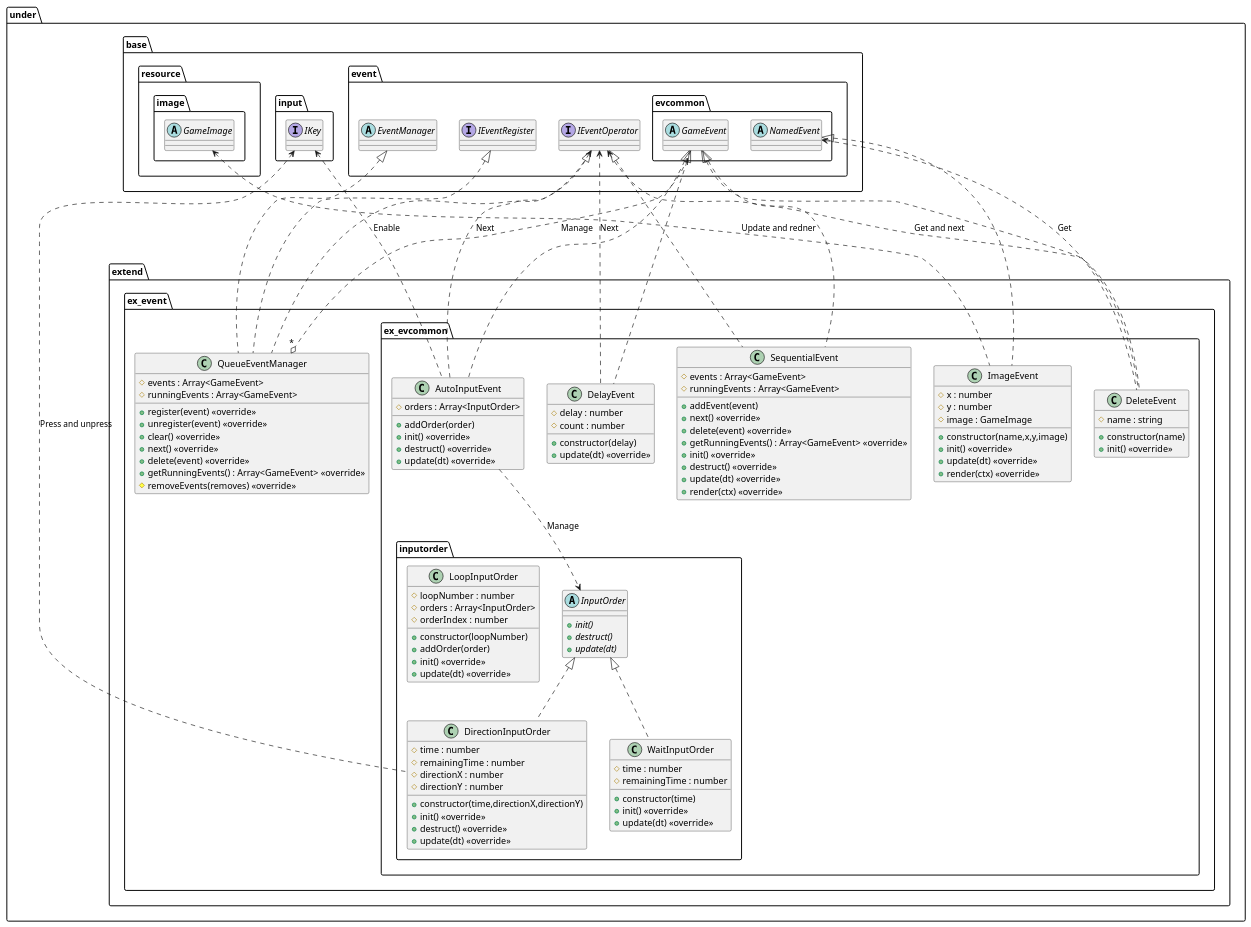
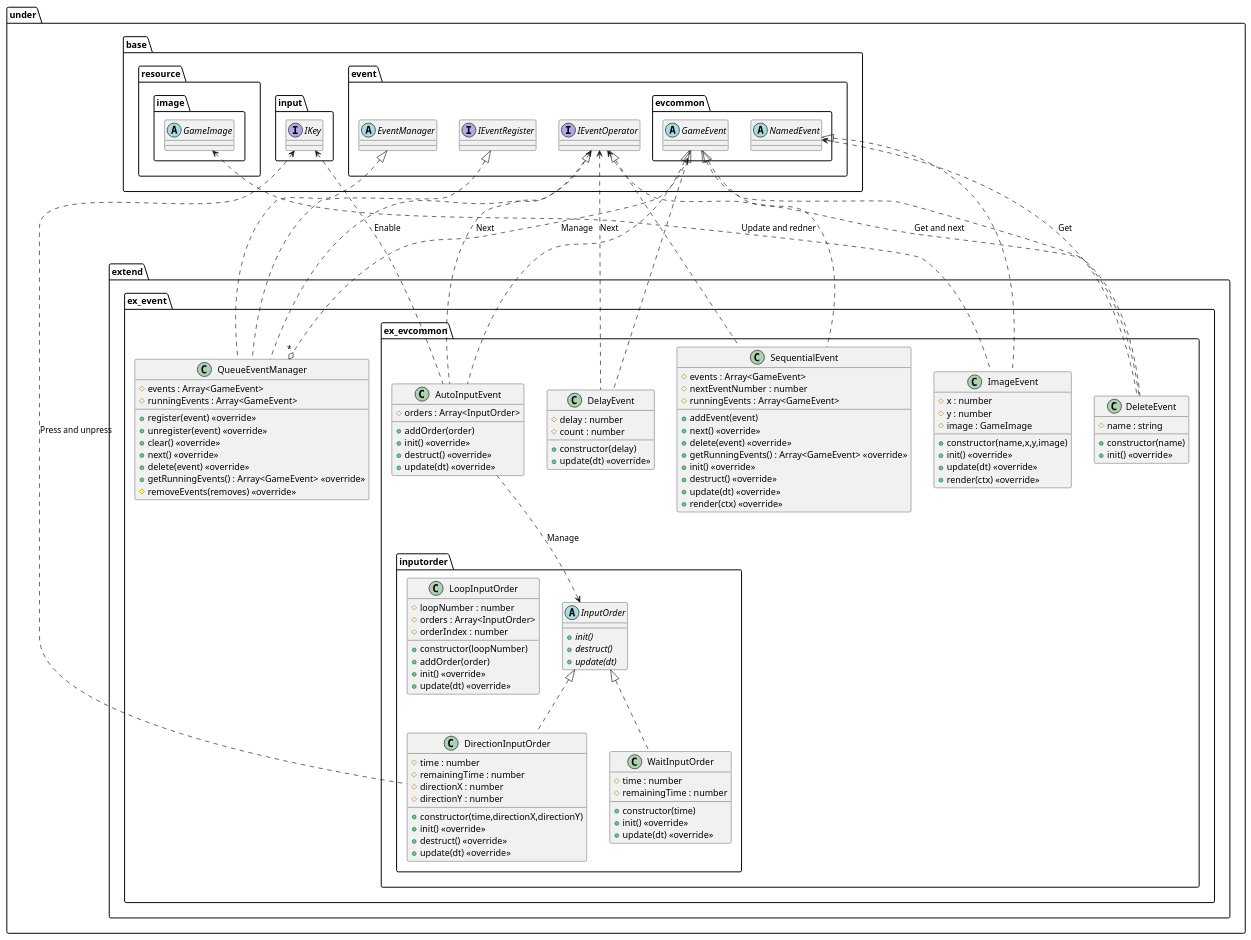
One commit to Expine/Under changed the diagram in uml/event/Extend.wsd. Above: the diagram before and after it, drawn with PlantUML. The commit also changed 35 other files, not shown here.

```diff
--- a/uml/event/Extend.wsd
+++ b/uml/event/Extend.wsd
@@ -1,141 +1,142 @@
 @startuml EventExtend
 
 package under {
     package extend {
         package ex_event {
             class QueueEventManager {
                 #events : Array<GameEvent>
                 #runningEvents : Array<GameEvent>
                 +register(event) <<override>>
                 +unregister(event) <<override>>
                 +clear() <<override>>
                 +next() <<override>>
                 +delete(event) <<override>>
                 +getRunningEvents() : Array<GameEvent> <<override>>
                 #removeEvents(removes) <<override>>
             }
             package ex_evcommon {
                 package inputorder {
                     abstract InputOrder {
                         {abstract} +init()
                         {abstract} +destruct()
                         {abstract} +update(dt)
                     }
                     class DirectionInputOrder {
                         +constructor(time,directionX,directionY)
                         #time : number
                         #remainingTime : number
                         #directionX : number
                         #directionY : number
                         +init() <<override>>
                         +destruct() <<override>>
                         +update(dt) <<override>>
                     }
                     class WaitInputOrder {
                         +constructor(time)
                         #time : number
                         #remainingTime : number
                         +init() <<override>>
                         +update(dt) <<override>>
                     }
                     class LoopInputOrder {
                         +constructor(loopNumber)
                         #loopNumber : number
                         #orders : Array<InputOrder>
                         #orderIndex : number
                         +addOrder(order)
                         +init() <<override>>
                         +update(dt) <<override>>
                     }
                 }
                 class AutoInputEvent {
                     #orders : Array<InputOrder>
                     +addOrder(order)
                     +init() <<override>>
                     +destruct() <<override>>
                     +update(dt) <<override>>
                 }
                 class DelayEvent {
                     +constructor(delay)
                     #delay : number
                     #count : number
                     +update(dt) <<override>>
                 }
                 class DeleteEvent {
                     +constructor(name)
                     #name : string
                     +init() <<override>>
                 }
                 class ImageEvent {
                     +constructor(name,x,y,image)
                     #x : number
                     #y : number
                     #image : GameImage
                     +init() <<override>>
                     +update(dt) <<override>>
                     +render(ctx) <<override>>
                 }
                 class SequentialEvent {
                     #events : Array<GameEvent>
+                    #nextEventNumber : number
                     #runningEvents : Array<GameEvent>
                     +addEvent(event)
                     +next() <<override>>
                     +delete(event) <<override>>
                     +getRunningEvents() : Array<GameEvent> <<override>>
                     +init() <<override>>
                     +destruct() <<override>>
                     +update(dt) <<override>>
                     +render(ctx) <<override>>
                 }
             }
         }
     }
 }
 
 package under {
     package base {
         package input {
             interface IKey
         }
         package resource {
             package image {
                 abstract GameImage
             }
         }
         package event {
             abstract EventManager
             interface IEventOperator
             interface IEventRegister
             package evcommon {
                 abstract GameEvent
                 abstract NamedEvent
             }
         }
     }
 }
 
 GameEvent "1" ..o "*" QueueEventManager : Manage
 
 IKey <... DirectionInputOrder : Press and unpress
 IKey <... AutoInputEvent : Enable
 AutoInputEvent ..> InputOrder : Manage
 IEventOperator <.. AutoInputEvent : Next
 IEventOperator <.. DelayEvent : Next
 IEventOperator <.. DeleteEvent : Get and next
 NamedEvent <.. DeleteEvent : Get
 GameImage <.. ImageEvent : Update and redner
 
 EventManager <|... QueueEventManager
 IEventRegister <|... QueueEventManager
 IEventOperator <|... QueueEventManager
 
 InputOrder <|.. DirectionInputOrder
 InputOrder <|.. WaitInputOrder
 GameEvent <|.. AutoInputEvent
 GameEvent <|.. DelayEvent
 GameEvent <|.. DeleteEvent
 NamedEvent <|.. ImageEvent
 GameEvent <|.. SequentialEvent
 IEventOperator <|.. SequentialEvent
 
 @enduml
```
